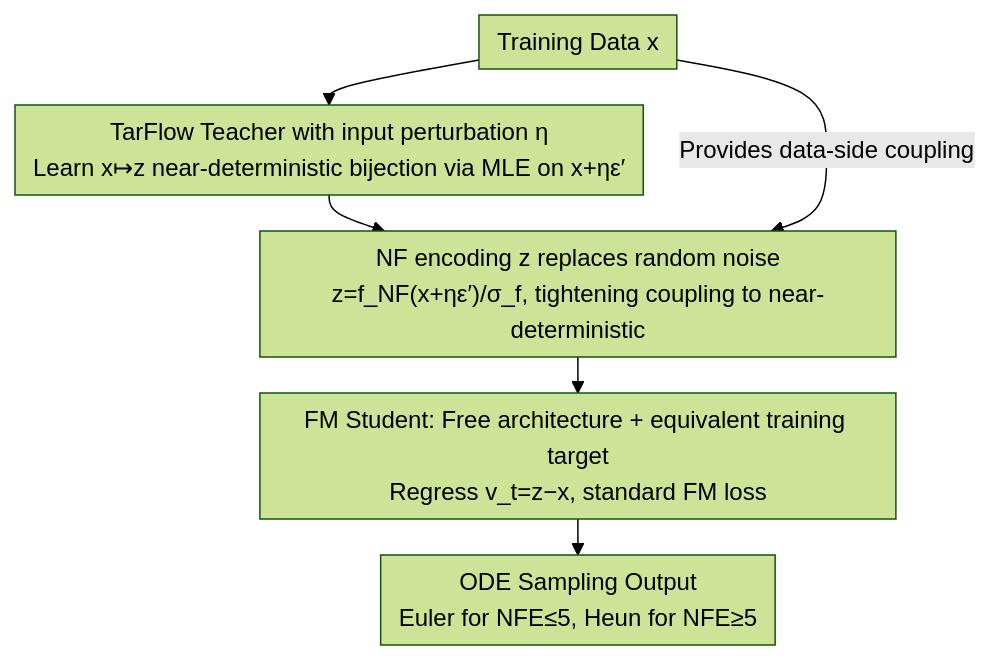
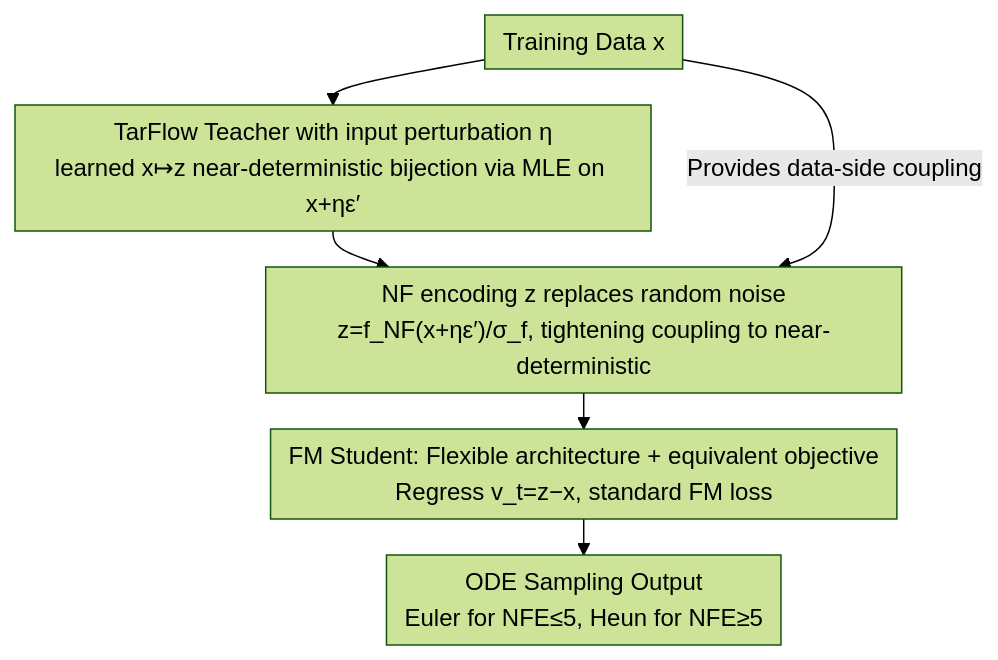
The diagram in docs/ICML2026/image_generation/the_coupling_within_flow_matching_via_distilled_normalizing_flows.md (zhaoyang97/Paper-Notes-en), drawn with Mermaid (forest theme) before and after one commit. The commit also changed other lines of this file and 5084 other files, not shown here.

````diff
--- a/docs/ICML2026/image_generation/the_coupling_within_flow_matching_via_distilled_normalizing_flows.md
+++ b/docs/ICML2026/image_generation/the_coupling_within_flow_matching_via_distilled_normalizing_flows.md
@@ -46,11 +46,11 @@
 ```mermaid
 %%{init: {'flowchart': {'rankSpacing': 24, 'nodeSpacing': 28, 'padding': 6, 'wrappingWidth': 400}}}%%
 flowchart TD
     X["Training Data x"]
-    T["TarFlow Teacher with input perturbation η<br/>Learn x↦z near-deterministic bijection via MLE on x+ηε′"]
+    T["TarFlow Teacher with input perturbation η<br/>learned x↦z near-deterministic bijection via MLE on x+ηε′"]
     Z["NF encoding z replaces random noise<br/>z=f_NF(x+ηε′)/σ_f, tightening coupling to near-deterministic"]
-    G["FM Student: Free architecture + equivalent training target<br/>Regress v_t=z−x, standard FM loss"]
+    G["FM Student: Flexible architecture + equivalent objective<br/>Regress v_t=z−x, standard FM loss"]
     OUT["ODE Sampling Output<br/>Euler for NFE≤5, Heun for NFE≥5"]
     X --> T --> Z --> G --> OUT
     X -->|Provides data-side coupling| Z
 ```
````
